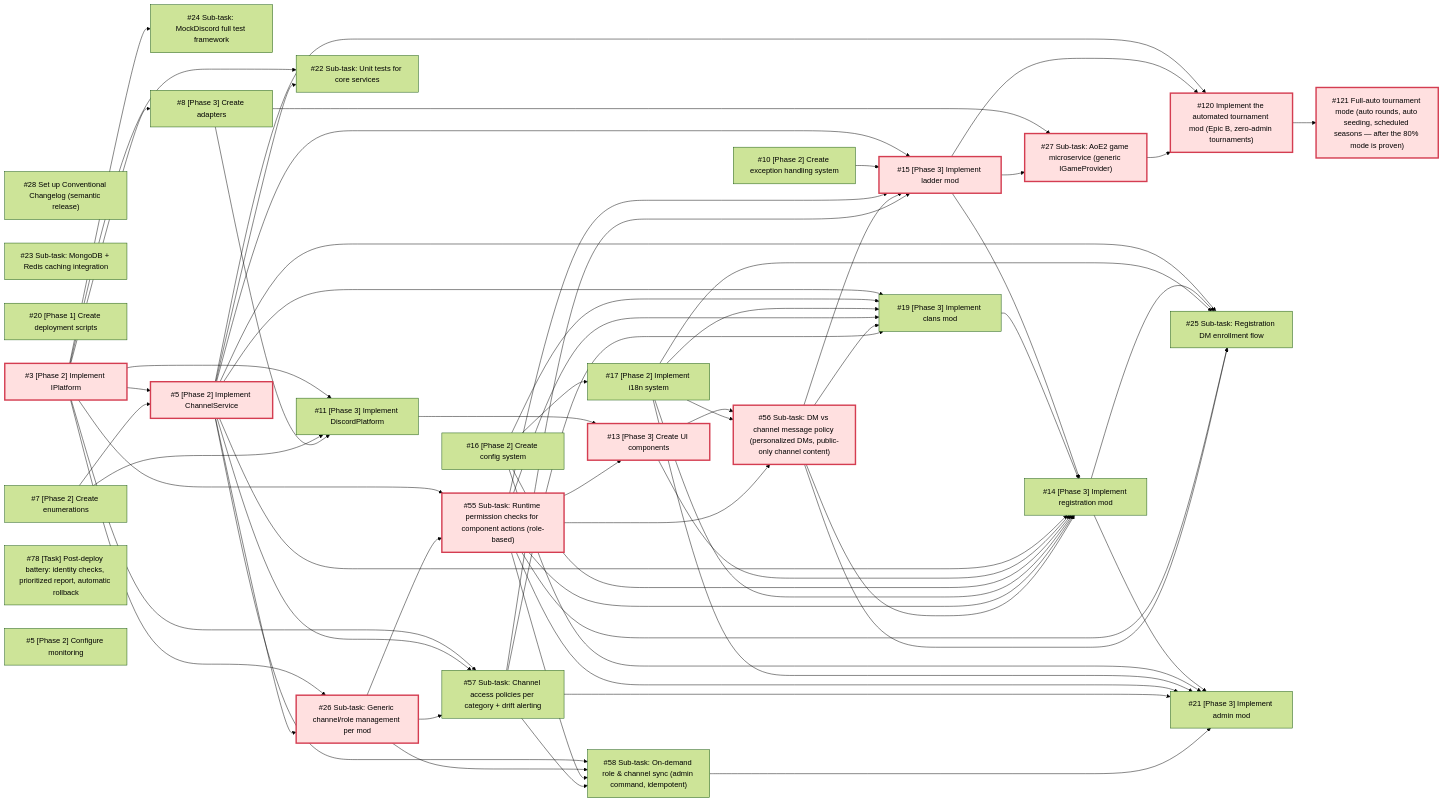
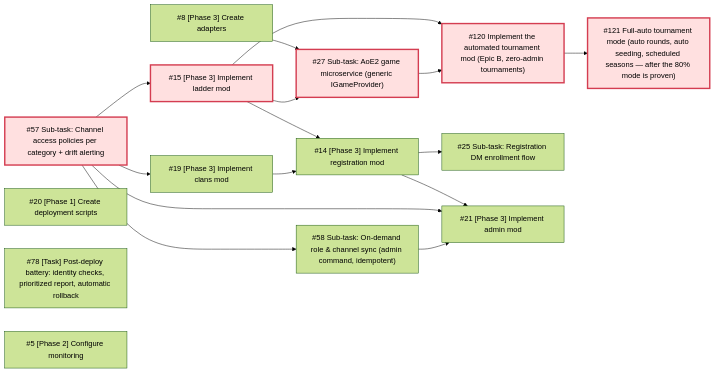
The diagram in docs/DEPENDENCIES.md (merlin-pinpin-org/kingdoms), drawn with Mermaid (forest theme) before and after one commit. The commit also changed other lines of this file and 1 other file, not shown here.

Commit message:
docs(artifacts): sync ROADMAP and DEPENDENCIES after #123 merge

````diff
--- a/docs/DEPENDENCIES.md
+++ b/docs/DEPENDENCIES.md
@@ -31,93 +31,30 @@
     ks_120["#120 Implement the automated tournament mod (Epic B, zero-admin tournaments)"]
     ks_58["#58 Sub-task: On-demand role & channel sync (admin command, idempotent)"]
     ks_57["#57 Sub-task: Channel access policies per category + drift alerting"]
-    ks_56["#56 Sub-task: DM vs channel message policy (personalized DMs, public-only channel content)"]
-    ks_55["#55 Sub-task: Runtime permission checks for component actions (role-based)"]
-    ks_28["#28 Set up Conventional Changelog (semantic release)"]
     ks_27["#27 Sub-task: AoE2 game microservice (generic IGameProvider)"]
-    ks_26["#26 Sub-task: Generic channel/role management per mod"]
     ks_25["#25 Sub-task: Registration DM enrollment flow"]
-    ks_24["#24 Sub-task: MockDiscord full test framework"]
-    ks_23["#23 Sub-task: MongoDB + Redis caching integration"]
-    ks_22["#22 Sub-task: Unit tests for core services"]
     ks_21["#21 [Phase 3] Implement admin mod"]
     ks_20["#20 [Phase 1] Create deployment scripts"]
     ks_19["#19 [Phase 3] Implement clans mod"]
-    ks_17["#17 [Phase 2] Implement i18n system"]
-    ks_16["#16 [Phase 2] Create config system"]
     ks_15["#15 [Phase 3] Implement ladder mod"]
     ks_14["#14 [Phase 3] Implement registration mod"]
-    ks_13["#13 [Phase 3] Create UI components"]
-    ks_11["#11 [Phase 3] Implement DiscordPlatform"]
-    ks_10["#10 [Phase 2] Create exception handling system"]
     ks_8["#8 [Phase 3] Create adapters"]
-    ks_7["#7 [Phase 2] Create enumerations"]
-    ks_5["#5 [Phase 2] Implement ChannelService"]
-    ks_3["#3 [Phase 2] Implement IPlatform"]
     ki_78["#78 [Task] Post-deploy battery: identity checks, prioritized report, automatic rollback"]
     ki_5["#5 [Phase 2] Configure monitoring"]
     ks_120 --> ks_121
-    ks_5 --> ks_120
     ks_15 --> ks_120
     ks_27 --> ks_120
-    ks_5 --> ks_58
-    ks_26 --> ks_58
-    ks_55 --> ks_58
     ks_57 --> ks_58
-    ks_3 --> ks_57
-    ks_5 --> ks_57
-    ks_26 --> ks_57
-    ks_13 --> ks_56
-    ks_17 --> ks_56
-    ks_55 --> ks_56
-    ks_3 --> ks_55
-    ks_26 --> ks_55
     ks_8 --> ks_27
     ks_15 --> ks_27
-    ks_3 --> ks_26
-    ks_5 --> ks_26
-    ks_5 --> ks_25
     ks_14 --> ks_25
-    ks_17 --> ks_25
-    ks_55 --> ks_25
-    ks_56 --> ks_25
-    ks_3 --> ks_24
-    ks_3 --> ks_22
-    ks_5 --> ks_22
     ks_14 --> ks_21
-    ks_16 --> ks_21
-    ks_17 --> ks_21
-    ks_55 --> ks_21
     ks_57 --> ks_21
     ks_58 --> ks_21
-    ks_5 --> ks_19
-    ks_16 --> ks_19
-    ks_17 --> ks_19
-    ks_55 --> ks_19
-    ks_56 --> ks_19
     ks_57 --> ks_19
-    ks_16 --> ks_17
-    ks_5 --> ks_15
-    ks_10 --> ks_15
-    ks_55 --> ks_15
-    ks_56 --> ks_15
     ks_57 --> ks_15
     ks_15 --> ks_14
     ks_19 --> ks_14
-    ks_5 --> ks_14
-    ks_13 --> ks_14
-    ks_16 --> ks_14
-    ks_17 --> ks_14
-    ks_55 --> ks_14
-    ks_56 --> ks_14
-    ks_11 --> ks_13
-    ks_55 --> ks_13
-    ks_3 --> ks_11
-    ks_7 --> ks_11
-    ks_8 --> ks_11
-    ks_3 --> ks_8
-    ks_3 --> ks_5
-    ks_7 --> ks_5
     classDef critical fill:#ffe0e0,stroke:#d43d51,stroke-width:3px;
-    class ks_3,ks_5,ks_26,ks_55,ks_13,ks_56,ks_15,ks_27,ks_120,ks_121 critical
+    class ks_57,ks_15,ks_27,ks_120,ks_121 critical
 ```
````
